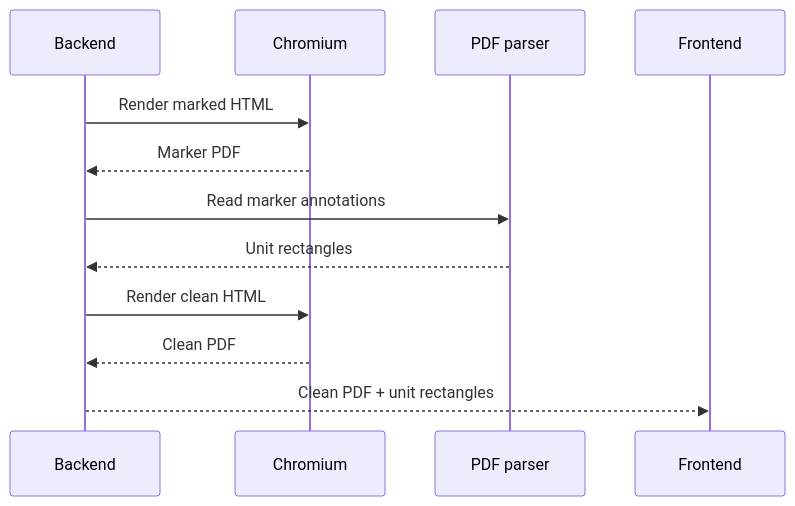
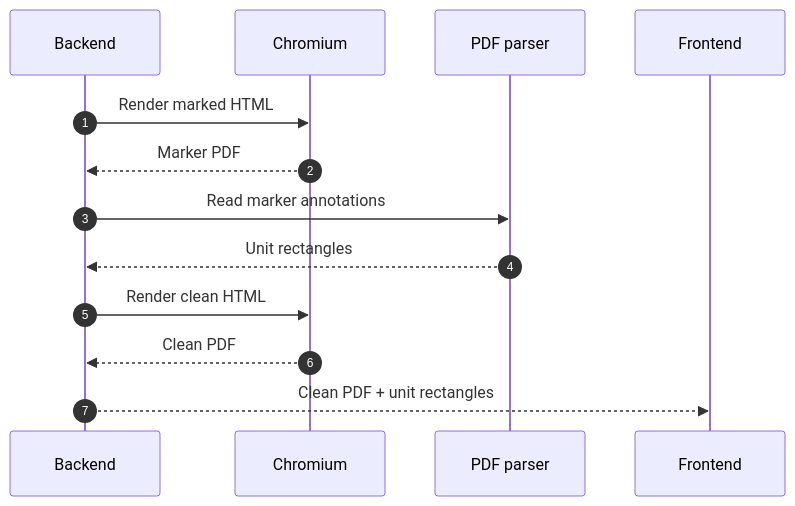
The third of 3 diagrams in website/src/content/blog/inside-attos-pdf-rendering-pipeline.mdx (AustinKong/atto), drawn with Mermaid before and after one commit. The commit also changed 1 other file, not shown here.

Commit message:
feat: add custom mermaid blog theme

````diff
--- a/website/src/content/blog/inside-attos-pdf-rendering-pipeline.mdx
+++ b/website/src/content/blog/inside-attos-pdf-rendering-pipeline.mdx
@@ -258,16 +258,17 @@
 ```mermaid
 sequenceDiagram
+    autonumber
     participant Backend
     participant Chromium
     participant PDF as PDF parser
     participant Frontend
 
     Backend->>Chromium: Render marked HTML
     Chromium-->>Backend: Marker PDF
     Backend->>PDF: Read marker annotations
     PDF-->>Backend: Unit rectangles
 
     Backend->>Chromium: Render clean HTML
     Chromium-->>Backend: Clean PDF
     Backend-->>Frontend: Clean PDF + unit rectangles
 ```
````
